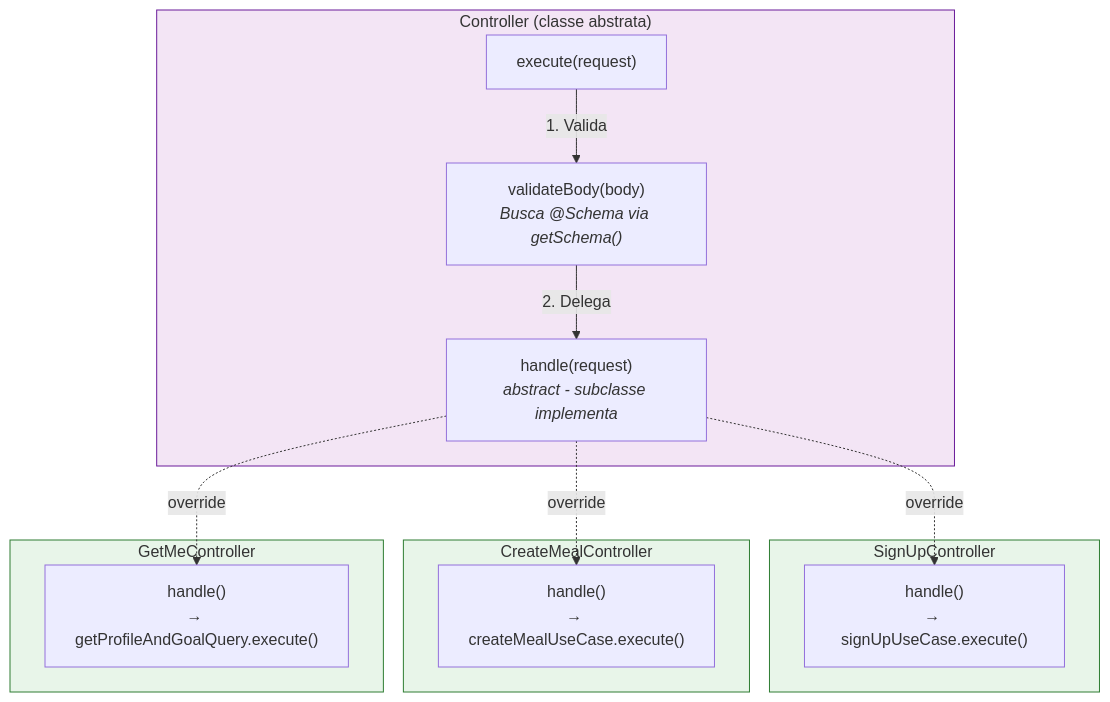
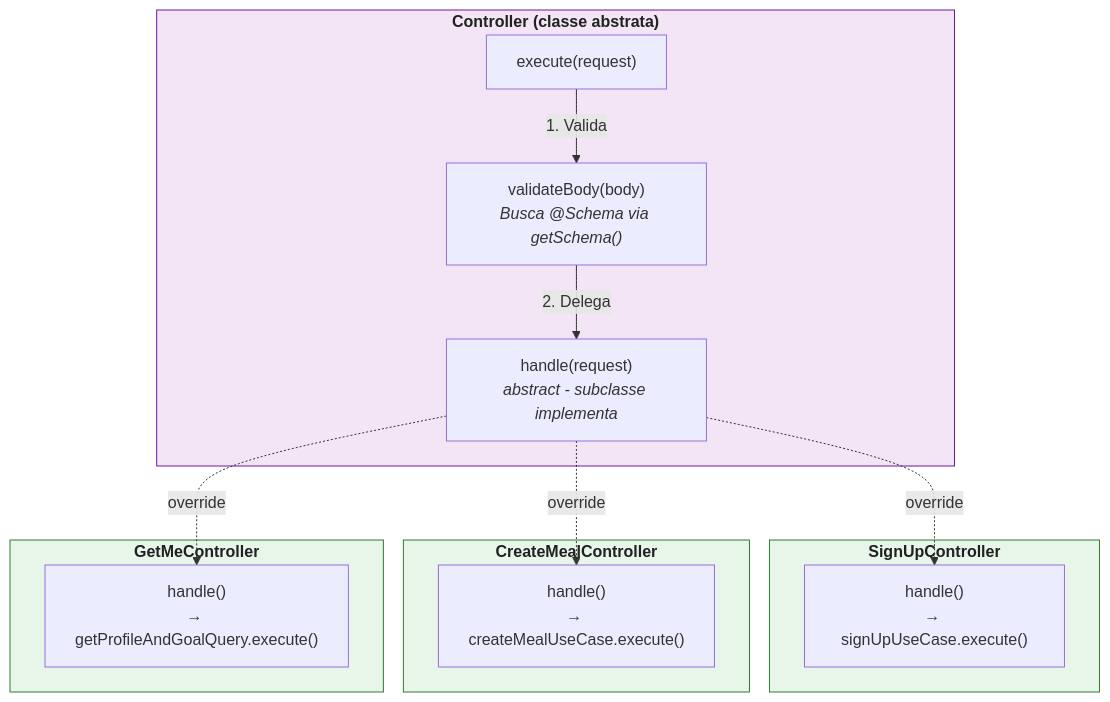
Before and after one commit to danillotorresdev/foodiary: the sixth of 9 diagrams in foodiary-api/diagrams/PATTERNS_DIAGRAM.md, drawn with Mermaid. The commit also changed other lines of this file and 2 other files, not shown here.

First line of the commit message:
style(documentation): enhance diagrams with improved readability and formatting

````diff
--- a/foodiary-api/diagrams/PATTERNS_DIAGRAM.md
+++ b/foodiary-api/diagrams/PATTERNS_DIAGRAM.md
@@ -267,32 +274,33 @@
 ```mermaid
+%%{init: {'themeVariables': { 'primaryTextColor': '#212121' }}}%%
 flowchart TB
-  subgraph BASE["Controller (classe abstrata)"]
+  subgraph BASE["<b>Controller (classe abstrata)</b>"]
     EX["execute(request)"]
     VB["validateBody(body)<br/><i>Busca @Schema via getSchema()</i>"]
     HD["handle(request)<br/><i>abstract - subclasse implementa</i>"]
 
     EX -->|"1. Valida"| VB
     VB -->|"2. Delega"| HD
   end
 
-  subgraph SUB1["SignUpController"]
+  subgraph SUB1["<b>SignUpController</b>"]
     H1["handle()<br/>→ signUpUseCase.execute()"]
   end
 
-  subgraph SUB2["CreateMealController"]
+  subgraph SUB2["<b>CreateMealController</b>"]
     H2["handle()<br/>→ createMealUseCase.execute()"]
   end
 
-  subgraph SUB3["GetMeController"]
+  subgraph SUB3["<b>GetMeController</b>"]
     H3["handle()<br/>→ getProfileAndGoalQuery.execute()"]
   end
 
   HD -.->|"override"| H1
   HD -.->|"override"| H2
   HD -.->|"override"| H3
 
-  style BASE fill:#f3e5f5,stroke:#6a1b9a
-  style SUB1 fill:#e8f5e9,stroke:#2e7d32
-  style SUB2 fill:#e8f5e9,stroke:#2e7d32
-  style SUB3 fill:#e8f5e9,stroke:#2e7d32
+  style BASE fill:#f3e5f5,stroke:#6a1b9a,color:#212121
+  style SUB1 fill:#e8f5e9,stroke:#2e7d32,color:#212121
+  style SUB2 fill:#e8f5e9,stroke:#2e7d32,color:#212121
+  style SUB3 fill:#e8f5e9,stroke:#2e7d32,color:#212121
 ```
````
